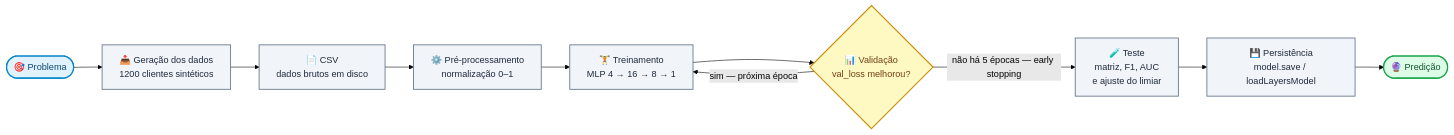
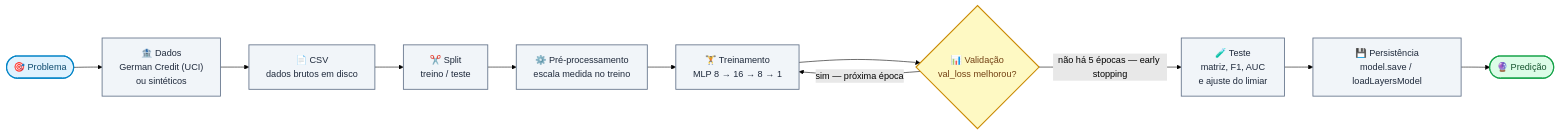
One commit to Felps03/tfjs-credit-risk-classifier changed the first of 4 diagrams in README.md. Above: the diagram before and after it, drawn with Mermaid (forest theme). The commit also changed other lines of this file and 5 other files, not shown here.

First line of the commit message:
Integrate German Credit dataset and enhance data processing

````diff
--- a/README.md
+++ b/README.md
@@ -7,23 +7,24 @@
 ```mermaid
 flowchart LR
-    A(["🎯 Problema"]) --> B["📥 Geração dos dados<br/>1200 clientes sintéticos"]
+    A(["🎯 Problema"]) --> B["🏦 Dados<br/>German Credit (UCI)<br/>ou sintéticos"]
     B --> B2["📄 CSV<br/>dados brutos em disco"]
-    B2 --> C["⚙️ Pré-processamento<br/>normalização 0–1"]
-    C --> D["🏋️ Treinamento<br/>MLP 4 → 16 → 8 → 1"]
+    B2 --> S["✂️ Split<br/>treino / teste"]
+    S --> C["⚙️ Pré-processamento<br/>escala medida no treino"]
+    C --> D["🏋️ Treinamento<br/>MLP 8 → 16 → 8 → 1"]
     D --> E{"📊 Validação<br/>val_loss melhorou?"}
     E -->|"sim — próxima época"| D
     E -->|"não há 5 épocas — early stopping"| F["🧪 Teste<br/>matriz, F1, AUC<br/>e ajuste do limiar"]
     F --> G["💾 Persistência<br/>model.save / loadLayersModel"]
     G --> H(["🔮 Predição"])
 
     classDef start fill:#e0f2fe,stroke:#0284c7,stroke-width:2px,color:#0c4a6e
     classDef step  fill:#f1f5f9,stroke:#64748b,stroke-width:1.5px,color:#1e293b
     classDef check fill:#fef9c3,stroke:#ca8a04,stroke-width:2px,color:#713f12
     classDef final fill:#dcfce7,stroke:#16a34a,stroke-width:2px,color:#14532d
 
     class A start
-    class B,B2,C,D step
+    class B,B2,S,C,D step
     class E check
     class F,G step
     class H final
 ```
````
